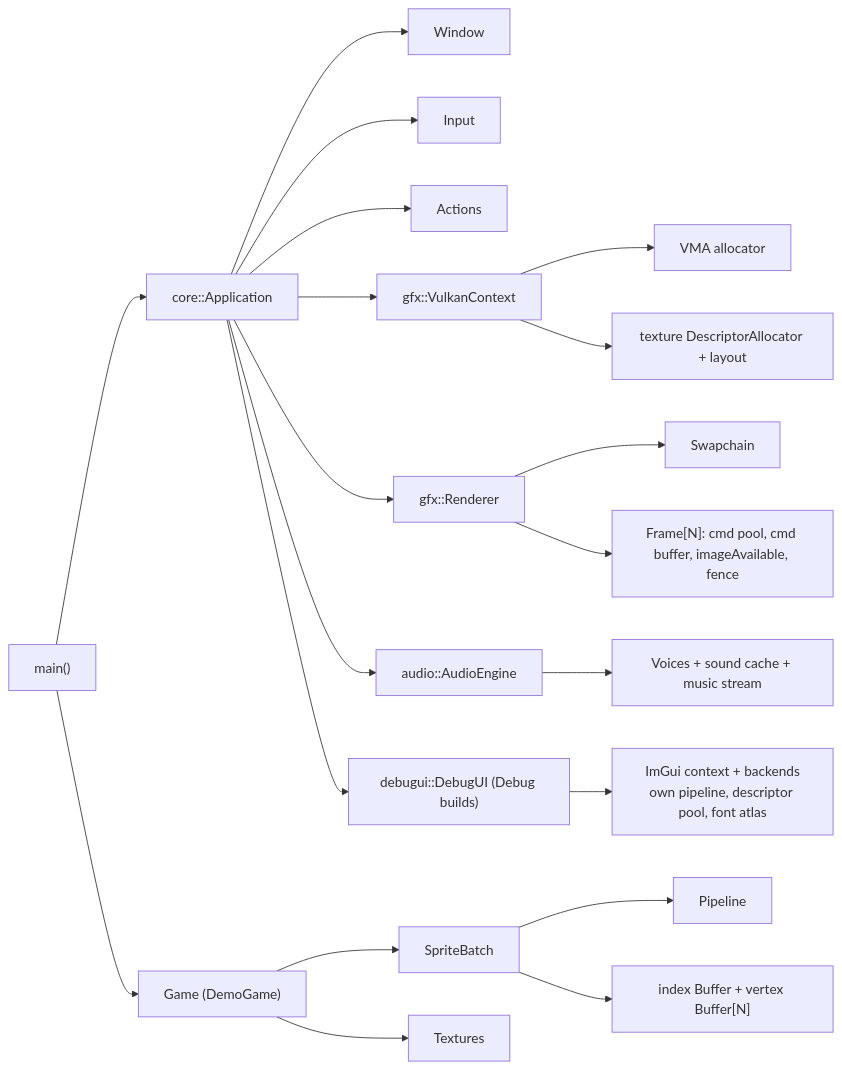
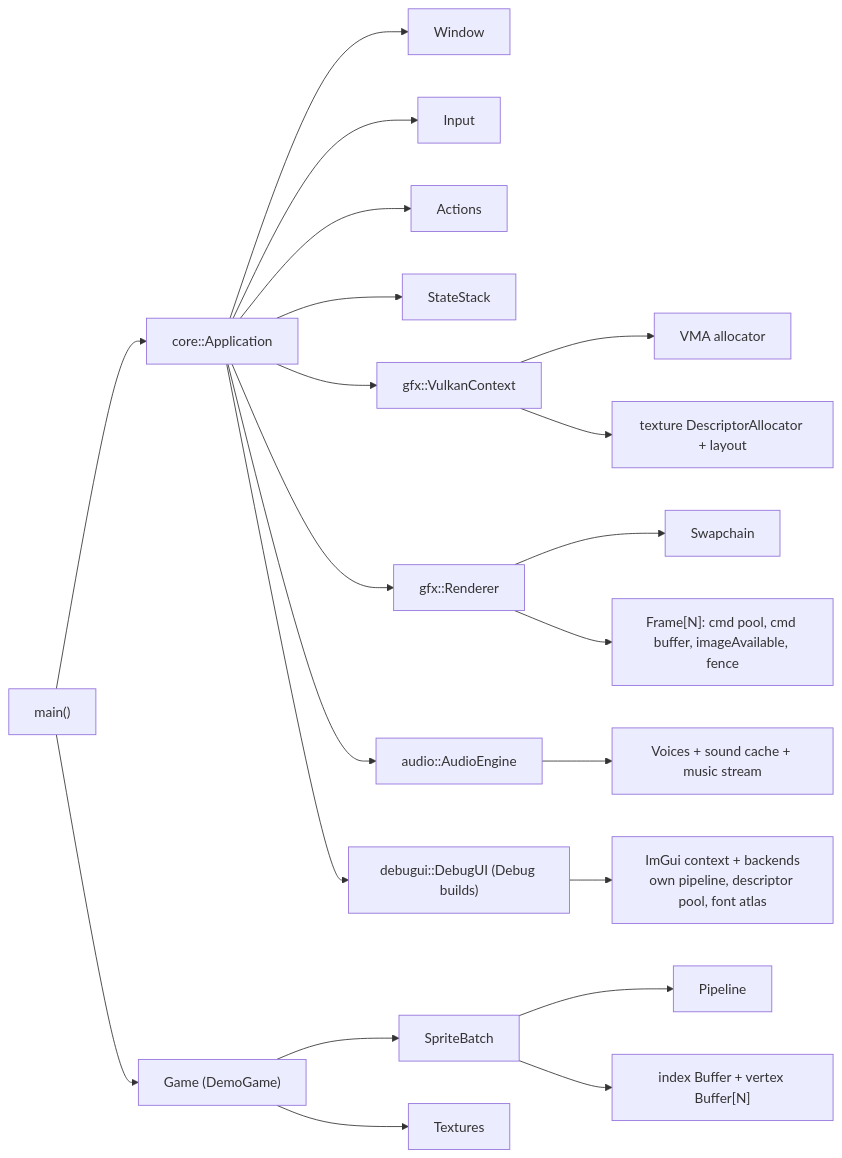
One commit to Chuck5ta/2DBaseFramework changed the fifth of 10 diagrams in docs/ARCHITECTURE.md. Above: the diagram before and after it, drawn with Mermaid. The commit also changed other lines of this file and 11 other files, not shown here.

````diff
--- a/docs/ARCHITECTURE.md
+++ b/docs/ARCHITECTURE.md
@@ -410,22 +439,23 @@
 ```mermaid
 flowchart LR
     main["main()"] --> app["core::Application"]
     main --> g["Game (DemoGame)"]
     app --> win["Window"]
     app --> inp["Input"]
     app --> act["Actions"]
+    app --> st["StateStack"]
     app --> ctx["gfx::VulkanContext"]
     app --> ren["gfx::Renderer"]
     app --> aud["audio::AudioEngine"]
     app --> dbg["debugui::DebugUI (Debug builds)"]
     dbg --> imgui["ImGui context + backends<br/>own pipeline, descriptor pool, font atlas"]
     aud --> voices["Voices + sound cache + music stream"]
     ren --> sc["Swapchain"]
     ren --> fr["Frame[N]: cmd pool, cmd buffer, imageAvailable, fence"]
     ctx --> vma["VMA allocator"]
     ctx --> tds["texture DescriptorAllocator + layout"]
     g --> sb["SpriteBatch"]
     g --> tex["Textures"]
     sb --> pipe["Pipeline"]
     sb --> bufs["index Buffer + vertex Buffer[N]"]
 ```
````
